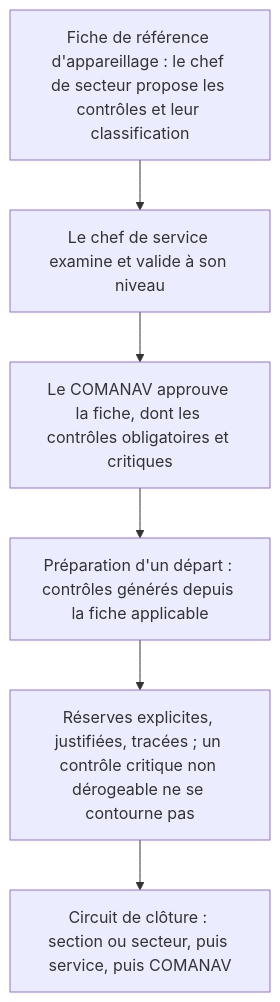
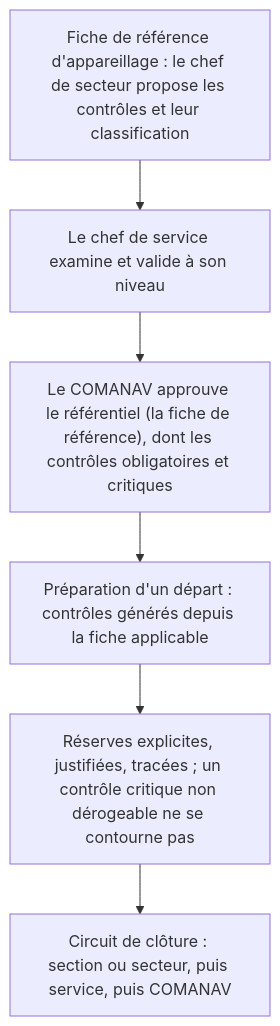
The diagram in docs/dossier-technique/schemas/src/S33_appareillage_cible.mmd (Mattrix2211/Matrix), drawn with Mermaid before and after one commit. The commit also changed 82 other files, not shown here.

```diff
--- a/docs/dossier-technique/schemas/src/S33_appareillage_cible.mmd
+++ b/docs/dossier-technique/schemas/src/S33_appareillage_cible.mmd
@@ -1,8 +1,8 @@
 flowchart TB
   FR["Fiche de référence d'appareillage : le chef de secteur propose les contrôles et leur classification"]
   FS["Le chef de service examine et valide à son niveau"]
-  CN["Le COMANAV approuve la fiche, dont les contrôles obligatoires et critiques"]
+  CN["Le COMANAV approuve le référentiel (la fiche de référence), dont les contrôles obligatoires et critiques"]
   PR["Préparation d'un départ : contrôles générés depuis la fiche applicable"]
   RS["Réserves explicites, justifiées, tracées ; un contrôle critique non dérogeable ne se contourne pas"]
   CI["Circuit de clôture : section ou secteur, puis service, puis COMANAV"]
   FR --> FS --> CN --> PR --> RS --> CI
```
